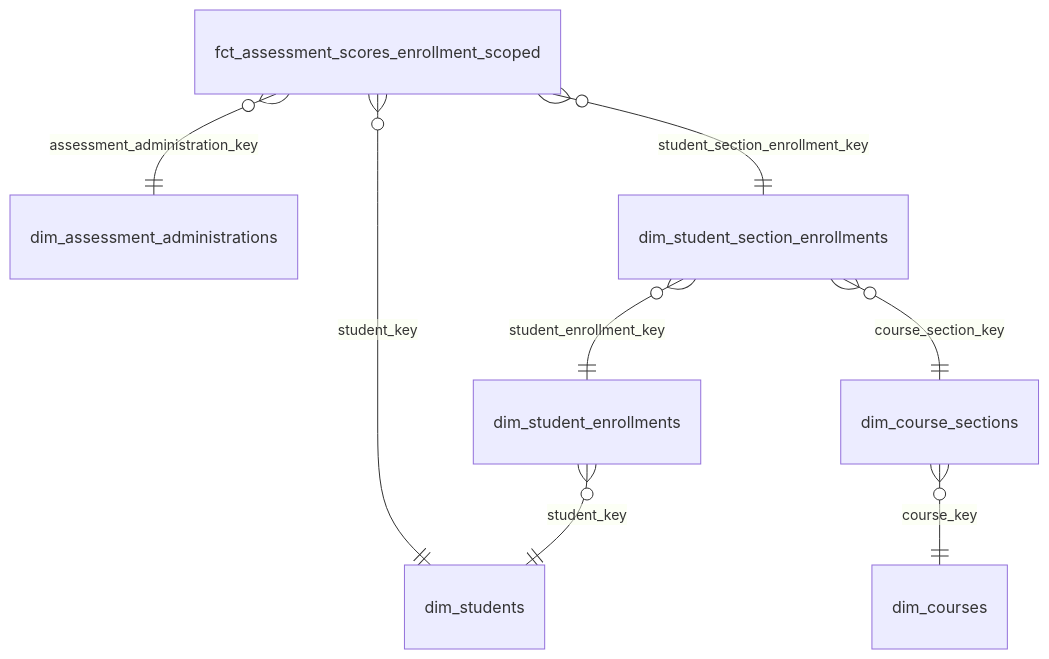
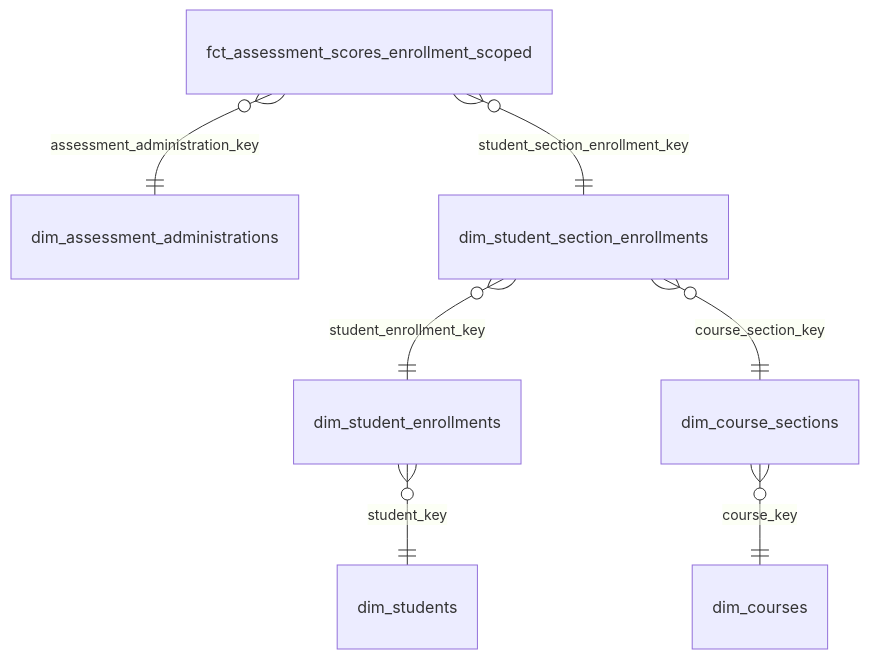
One commit to TEAMSchools/teamster changed the first of 24 diagrams in docs/reference/marts-data-models.md. Above: the diagram before and after it, drawn with Mermaid. The commit also changed other lines of this file, not shown here.

````diff
--- a/docs/reference/marts-data-models.md
+++ b/docs/reference/marts-data-models.md
@@ -27,10 +27,9 @@
 ```mermaid
 erDiagram
   fct_assessment_scores_enrollment_scoped }o--|| dim_assessment_administrations : "assessment_administration_key"
-  fct_assessment_scores_enrollment_scoped }o--|| dim_students : "student_key"
   fct_assessment_scores_enrollment_scoped }o--|| dim_student_section_enrollments : "student_section_enrollment_key"
   dim_student_section_enrollments }o--|| dim_student_enrollments : "student_enrollment_key"
   dim_student_section_enrollments }o--|| dim_course_sections : "course_section_key"
   dim_student_enrollments }o--|| dim_students : "student_key"
   dim_course_sections }o--|| dim_courses : "course_key"
 ```
````
